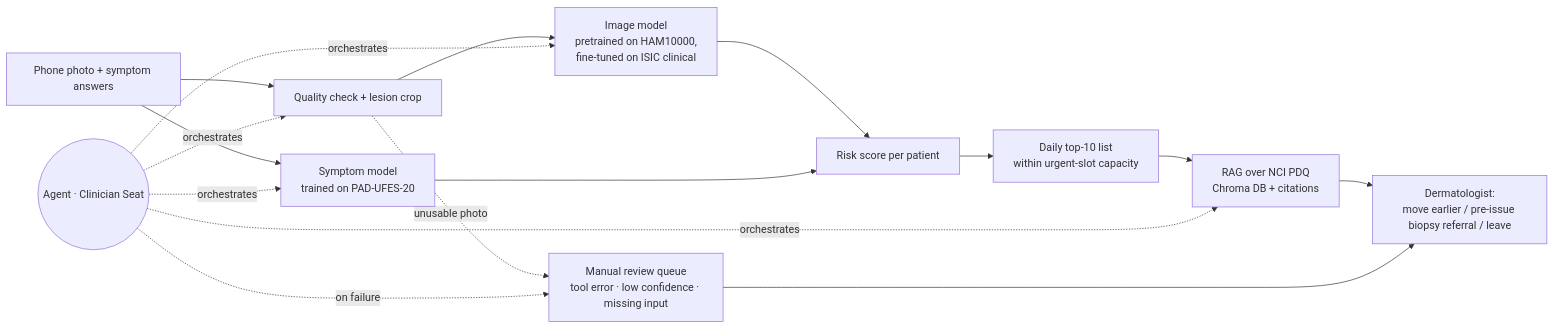
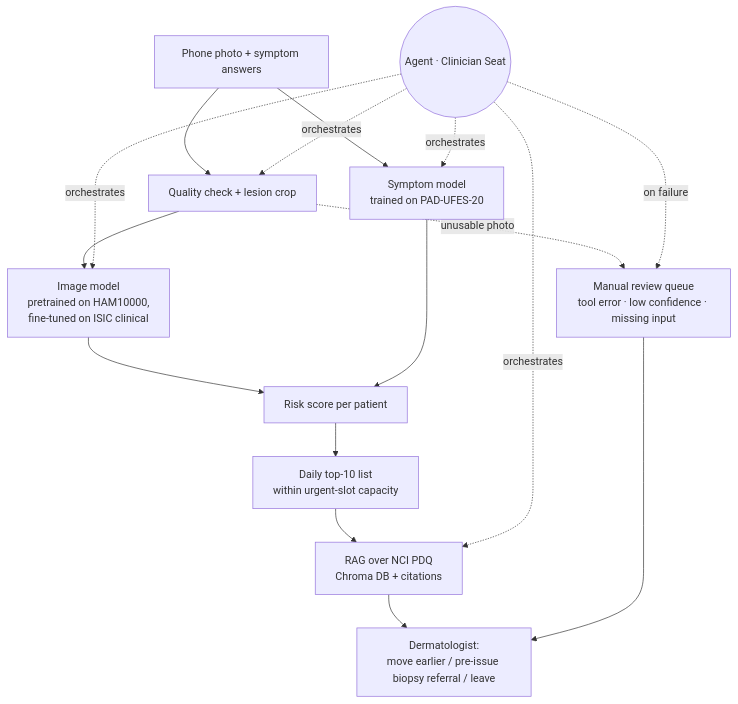
The diagram in CHARTER.md (IfatDav/skin-lesion-assistant), drawn with Mermaid before and after one commit.

Commit message:
Revise flowchart in CHARTER.md
Updated flowchart to reflect changes in the multi-modal pipeline.

````diff
--- a/CHARTER.md
+++ b/CHARTER.md
@@ -56,14 +56,14 @@
 ```mermaid
-flowchart LR
+flowchart TD
     A[Phone photo + symptom answers] --> B[Quality check + lesion crop]
     B --> C[Image model<br/>pretrained on HAM10000,<br/>fine-tuned on ISIC clinical]
     A --> S[Symptom model<br/>trained on PAD-UFES-20]
     C & S --> D[Risk score per patient]
     D --> L[Daily top-10 list<br/>within urgent-slot capacity]
     L --> E[RAG over NCI PDQ<br/>Chroma DB + citations]
     E --> F[Dermatologist:<br/>move earlier / pre-issue biopsy referral / leave]
     B -. unusable photo .-> M[Manual review queue<br/>tool error · low confidence · missing input]
     M --> F
     G((Agent · Clinician Seat)) -. orchestrates .-> B & C & S & E
     G -. on failure .-> M
 ```
````
